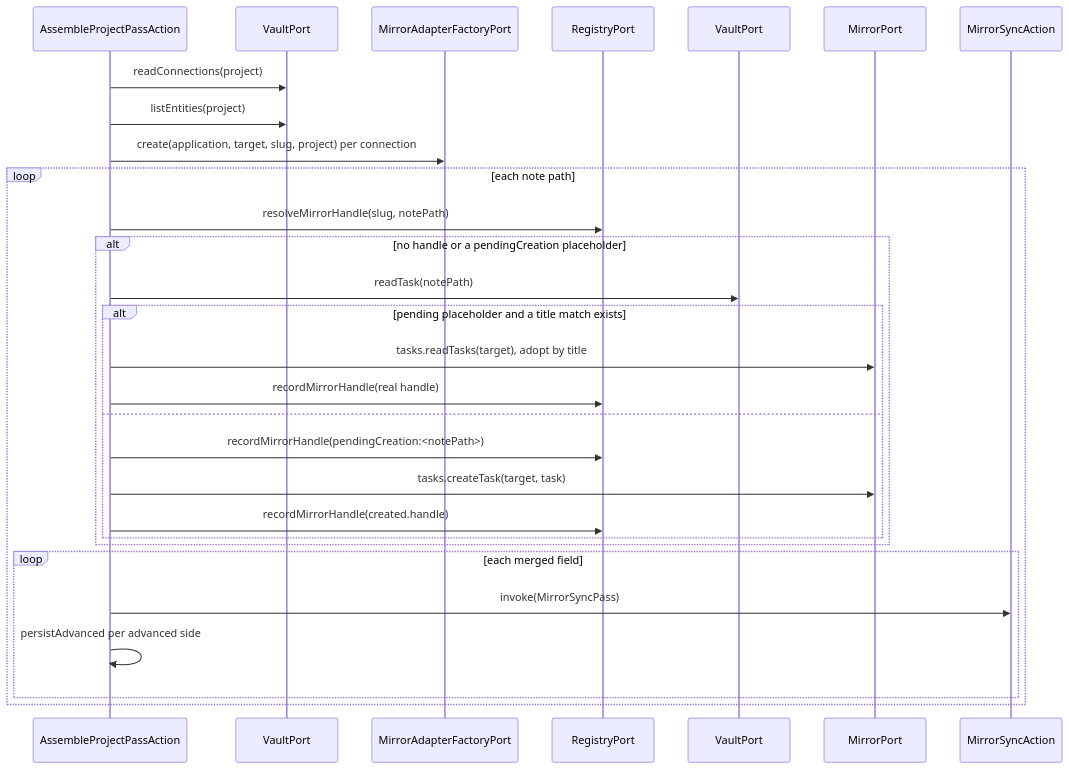
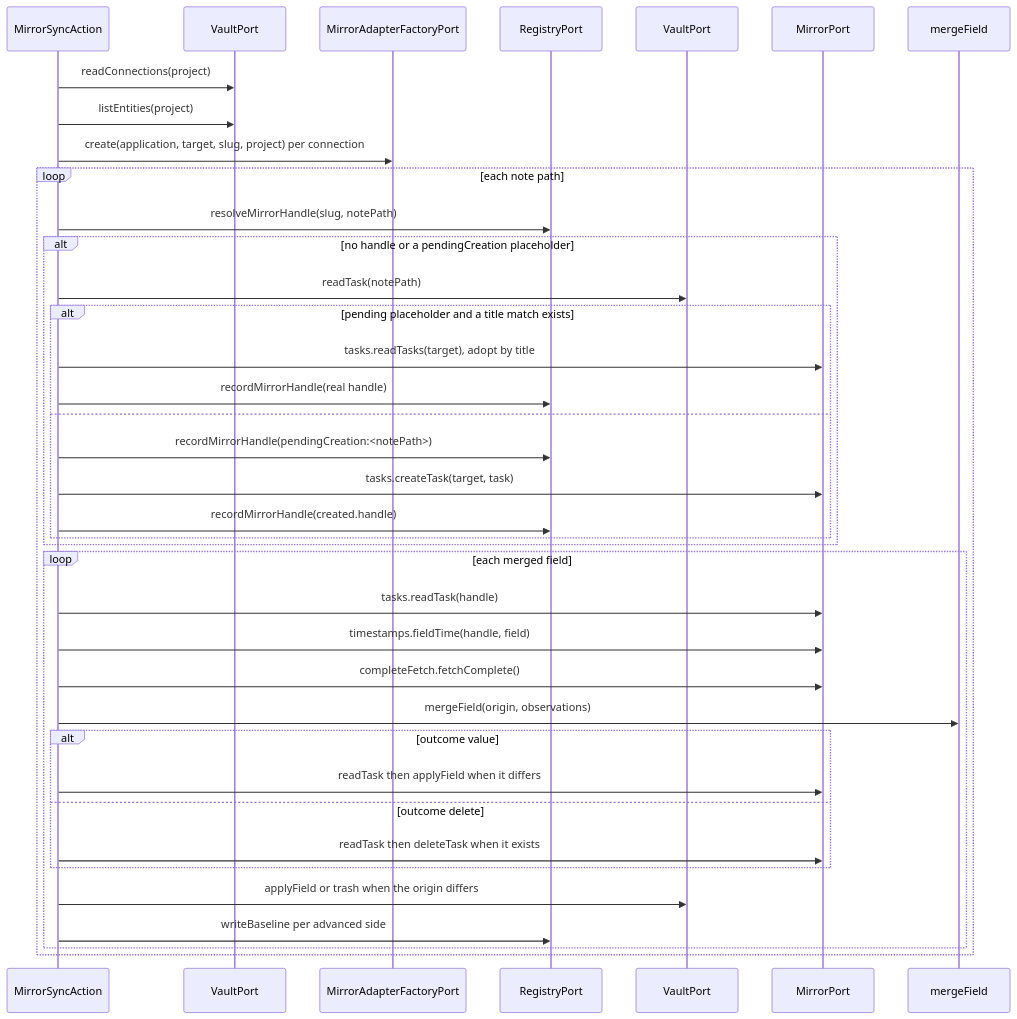
Before and after one commit to 99linesofcode/obsidian-project-management: the fifth of 17 diagrams in docs/developer-manual.md, drawn with Mermaid. The commit also changed other lines of this file and 31 other files, not shown here.

````diff
--- a/docs/developer-manual.md
+++ b/docs/developer-manual.md
@@ -354,32 +307,41 @@
 ```mermaid
 sequenceDiagram
-  participant A as AssembleProjectPassAction
+  participant A as MirrorSyncAction
   participant PS as VaultPort
   participant F as MirrorAdapterFactoryPort
   participant H as RegistryPort
   participant O as VaultPort
   participant R as MirrorPort
-  participant MS as MirrorSyncAction
+  participant MF as mergeField
 
   A->>PS: readConnections(project)
   A->>PS: listEntities(project)
   A->>F: create(application, target, slug, project) per connection
   loop each note path
     A->>H: resolveMirrorHandle(slug, notePath)
     alt no handle or a pendingCreation placeholder
       A->>O: readTask(notePath)
       alt pending placeholder and a title match exists
         A->>R: tasks.readTasks(target), adopt by title
         A->>H: recordMirrorHandle(real handle)
       else
         A->>H: recordMirrorHandle(pendingCreation:<notePath>)
         A->>R: tasks.createTask(target, task)
         A->>H: recordMirrorHandle(created.handle)
       end
     end
     loop each merged field
-      A->>MS: invoke(MirrorSyncPass)
-      A->>A: persistAdvanced per advanced side
+      A->>R: tasks.readTask(handle)
+      A->>R: timestamps.fieldTime(handle, field)
+      A->>R: completeFetch.fetchComplete()
+      A->>MF: mergeField(origin, observations)
+      alt outcome value
+        A->>R: readTask then applyField when it differs
+      else outcome delete
+        A->>R: readTask then deleteTask when it exists
+      end
+      A->>O: applyField or trash when the origin differs
+      A->>H: writeBaseline per advanced side
     end
   end
 ```
````
